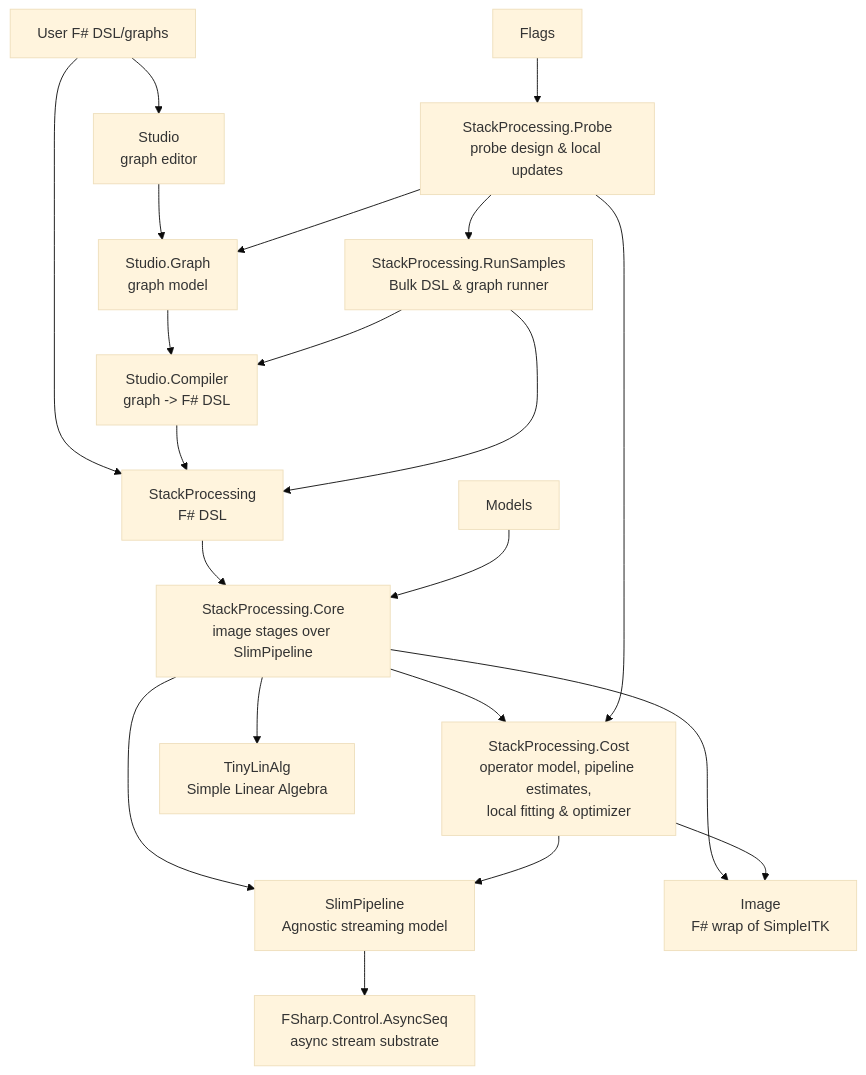
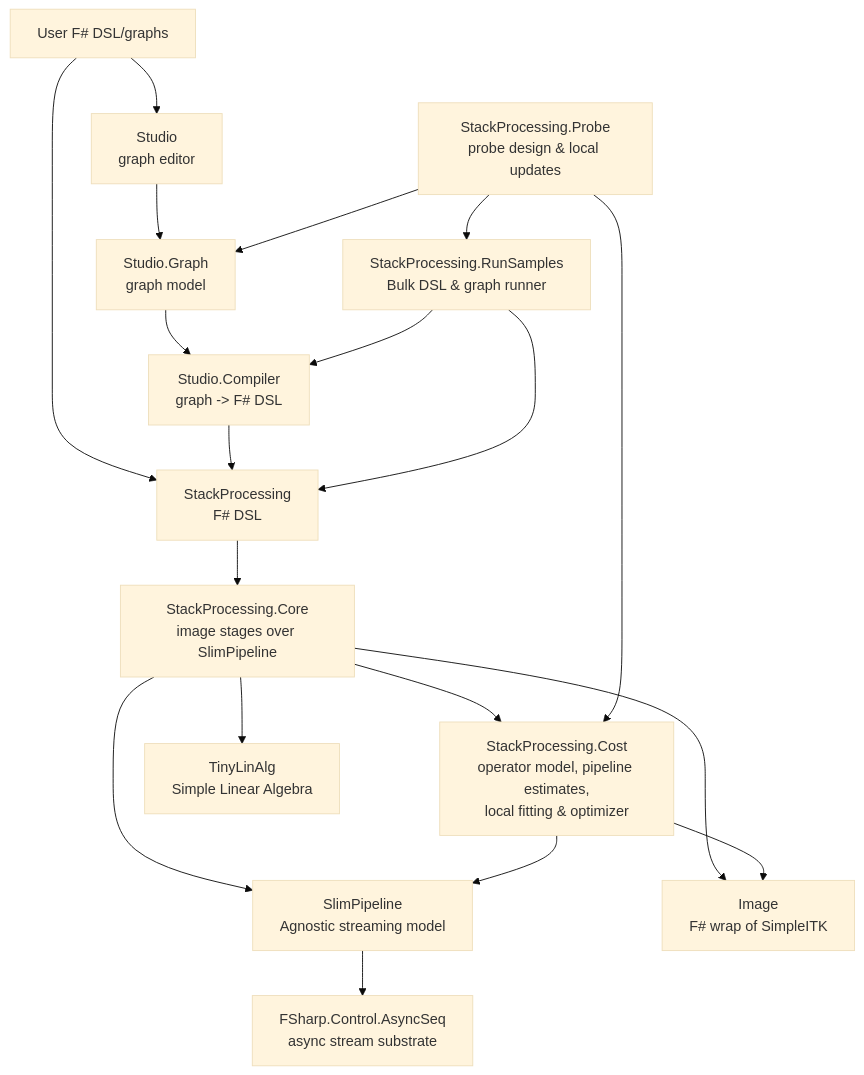
One commit to sporring/stackProcessing changed the diagram in README.md. Above: the diagram before and after it, drawn with Mermaid (base theme). The commit also changed other lines of this file and 1 other file, not shown here.

Commit message:
Cost and Core are interdependent and both depends on SlimPipeline. Perhaps not the best structure, but moving Cost into Core may bloat it.

````diff
--- a/README.md
+++ b/README.md
@@ -366,39 +366,37 @@
 ```mermaid
 flowchart TD
     UserFSharp["User F# DSL/graphs"]
     Studio["Studio\ngraph editor"]
     StudioGraph["Studio.Graph\ngraph model"]
     StudioCompiler["Studio.Compiler\ngraph -> F# DSL"]
     StackProcessing["StackProcessing\nF# DSL"]
     Cost["StackProcessing.Cost\noperator model, pipeline estimates,\nlocal fitting & optimizer"]
     Core["StackProcessing.Core\nimage stages over SlimPipeline"]
     Slim["SlimPipeline\nAgnostic streaming model"]
     AsyncSeq["FSharp.Control.AsyncSeq\nasync stream substrate"]
     Image["Image\nF# wrap of SimpleITK"]
     TinyLinAlg["TinyLinAlg\nSimple Linear Algebra"]
     RunSamples["StackProcessing.RunSamples\nBulk DSL & graph runner"]
     Probe["StackProcessing.Probe\nprobe design & local updates"]
 
     UserFSharp --> StackProcessing
     UserFSharp --> Studio
     Studio --> StudioGraph
     StudioGraph --> StudioCompiler
     StudioCompiler --> StackProcessing
 
     StackProcessing --> Core
     Core --> Cost
     Core --> Slim
     Core --> Image
     Core --> TinyLinAlg
     Cost --> Slim
     Cost --> Image
     Slim --> AsyncSeq
 
     RunSamples --> StudioCompiler
     RunSamples --> StackProcessing
-    Flags --> Probe
     Probe --> RunSamples
     Probe --> StudioGraph
     Probe --> Cost
-    Models --> Core
 ```
````
